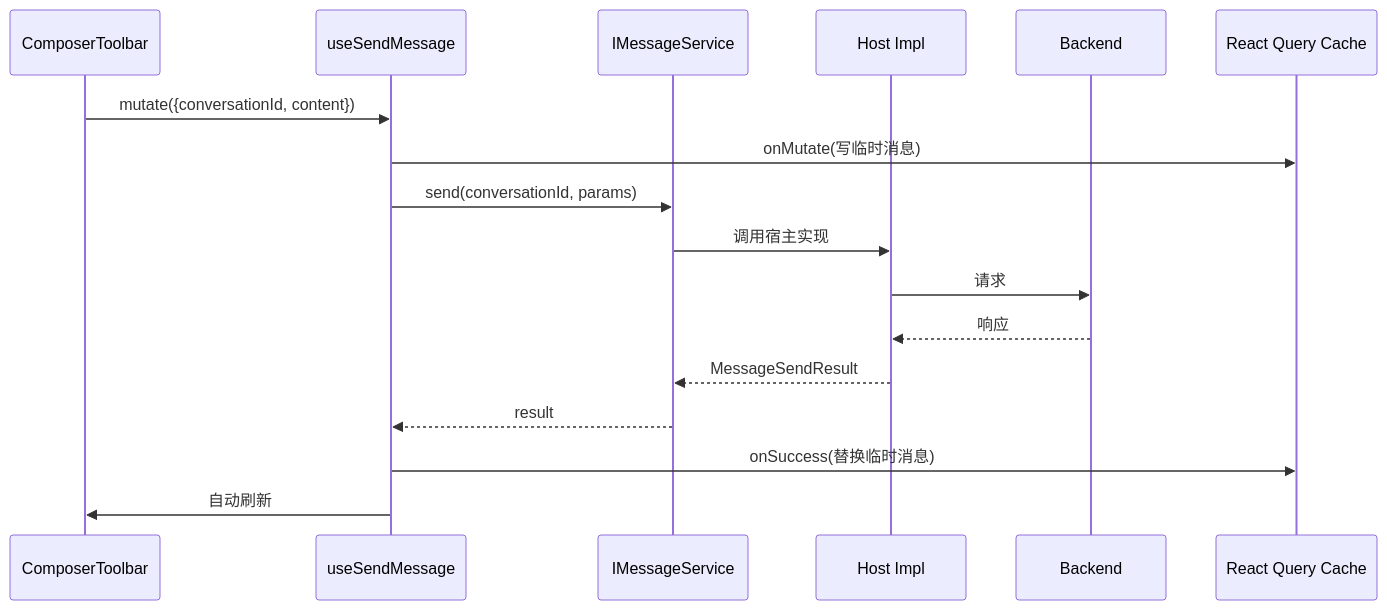
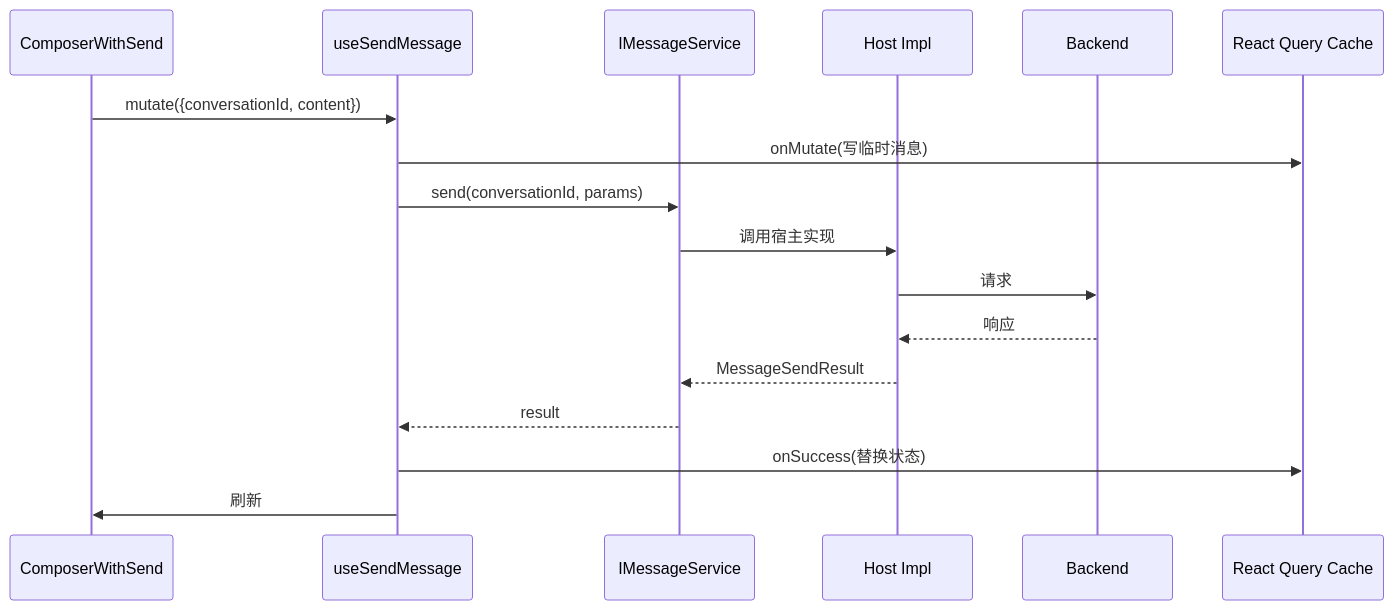
The second of 4 diagrams in docs/architecture-diagrams.md (givingwu/bifrost-chat), drawn with Mermaid before and after one commit. The commit also changed other lines of this file and 24 other files, not shown here.

````diff
--- a/docs/architecture-diagrams.md
+++ b/docs/architecture-diagrams.md
@@ -30,20 +34,20 @@
 ```mermaid
 sequenceDiagram
-  participant UI as ComposerToolbar
+  participant UI as ComposerWithSend
   participant Hook as useSendMessage
   participant Svc as IMessageService
   participant Host as Host Impl
   participant API as Backend
   participant Cache as React Query Cache
 
   UI->>Hook: mutate({conversationId, content})
   Hook->>Cache: onMutate(写临时消息)
   Hook->>Svc: send(conversationId, params)
   Svc->>Host: 调用宿主实现
   Host->>API: 请求
   API-->>Host: 响应
   Host-->>Svc: MessageSendResult
   Svc-->>Hook: result
-  Hook->>Cache: onSuccess(替换临时消息)
-  Hook->>UI: 自动刷新
+  Hook->>Cache: onSuccess(替换状态)
+  Hook->>UI: 刷新
 ```
````
